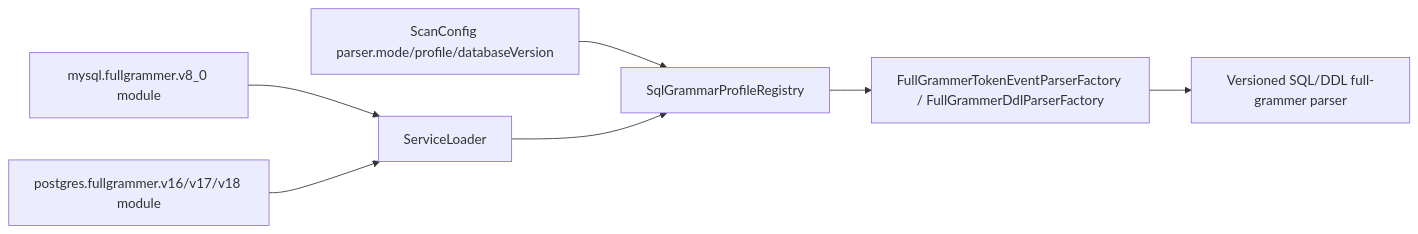
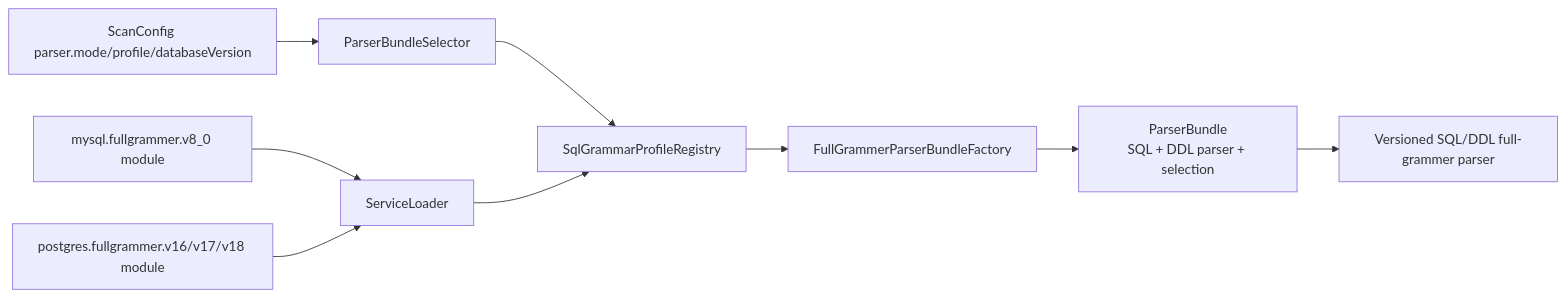
One commit to xiaoguang/relation-detector changed the sixth of 7 diagrams in docs/design/relation-detector/phase-06-parser-enhancement.md. Above: the diagram before and after it, drawn with Mermaid. The commit also changed other lines of this file and 26 other files, not shown here.

````diff
--- a/docs/design/relation-detector/phase-06-parser-enhancement.md
+++ b/docs/design/relation-detector/phase-06-parser-enhancement.md
@@ -363,17 +365,21 @@
 ```mermaid
 flowchart LR
   config["ScanConfig parser.mode/profile/databaseVersion"]
   registry["SqlGrammarProfileRegistry"]
   loader["ServiceLoader<FullGrammerDialectModule>"]
   mysql["mysql.fullgrammer.v8_0 module"]
   pg["postgres.fullgrammer.v16/v17/v18 module"]
-  factory["FullGrammerTokenEventParserFactory / FullGrammerDdlParserFactory"]
+  selector["ParserBundleSelector"]
+  factory["FullGrammerParserBundleFactory"]
+  bundle["ParserBundle\nSQL + DDL parser + selection"]
   parser["Versioned SQL/DDL full-grammer parser"]
 
-  config --> registry
+  config --> selector
+  selector --> registry
   loader --> registry
   mysql --> loader
   pg --> loader
   registry --> factory
-  factory --> parser
+  factory --> bundle
+  bundle --> parser
 ```
````
